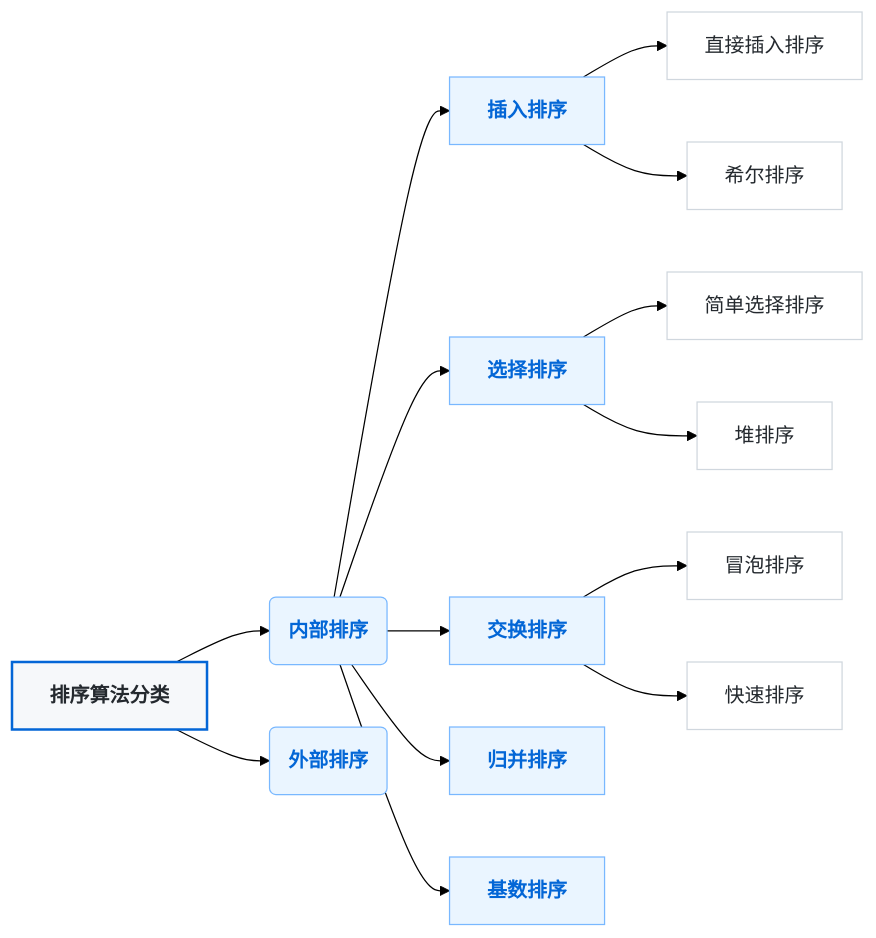
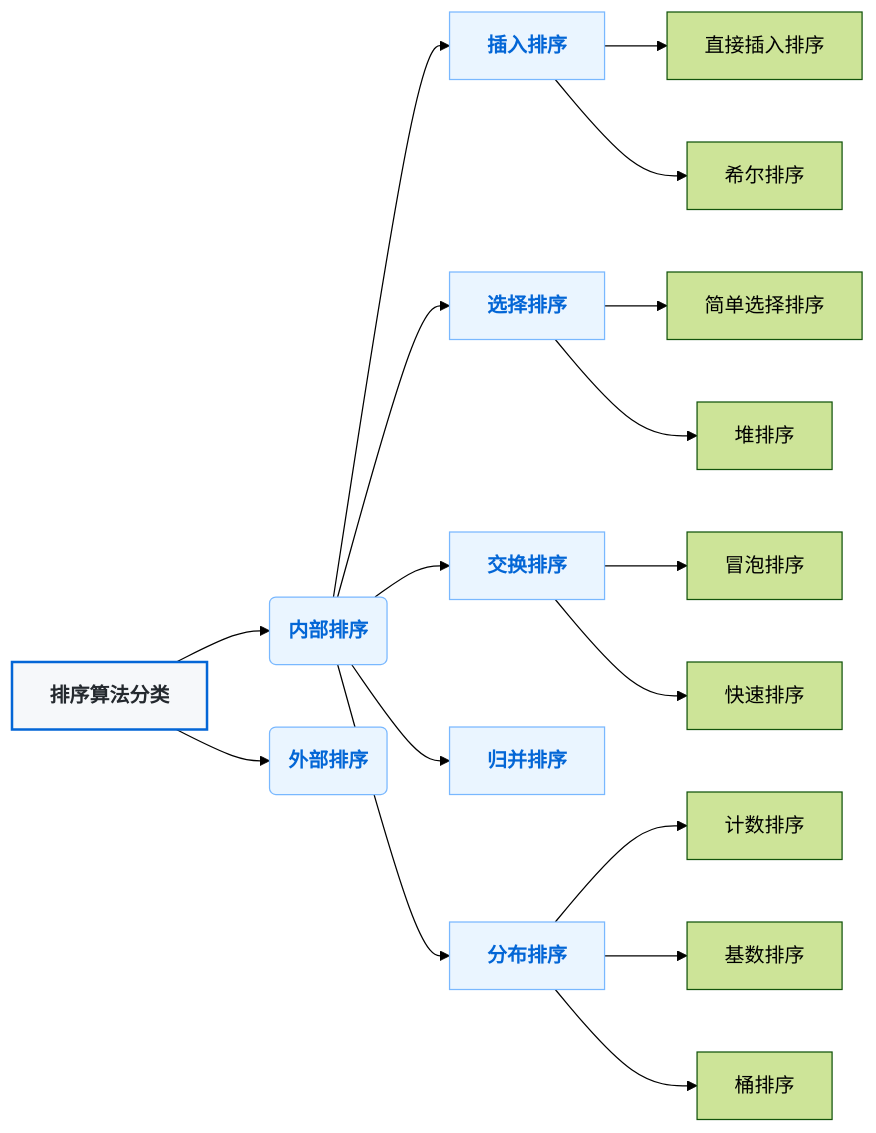
One commit to techlandspace/algorithm changed the diagram in docs/10-内部排序.md. Above: the diagram before and after it, drawn with Mermaid (forest theme).

Commit message:
update: 更新基数排序的Java表达，及文档

````diff
--- a/docs/10-内部排序.md
+++ b/docs/10-内部排序.md
@@ -10,34 +10,37 @@
 ```mermaid
 graph LR
     %% 设置主题样式
     classDef title fill:#f6f8fa,stroke:#0366d6,stroke-width:2px,color:#24292e,font-weight:bold;
     classDef category fill:#eaf5ff,stroke:#79b8ff,stroke-width:1px,color:#0366d6,font-weight:bold;
-    classDef subtype fill:#ffffff,stroke:#d0d7de,stroke-width:1px,color:#24292e;
 
     %% 顶层节点
     A[排序算法分类]:::title
 
     %% 一级分类
     A --> B(内部排序):::category
     A --> C(外部排序):::category
 
     %% 内部排序细分
     B --> D[插入排序]:::category
     B --> E[选择排序]:::category
     B --> F[交换排序]:::category
     B --> G[归并排序]:::category
-    B --> H[基数排序]:::category
+    B --> H[分布排序]:::category
 
     %% 插入排序子类
-    D --> D1[直接插入排序]:::subtype
-    D --> D2[希尔排序]:::subtype
+    D --> D1[直接插入排序]
+    D --> D2[希尔排序]
 
     %% 选择排序子类
-    E --> E1[简单选择排序]:::subtype
-    E --> E2[堆排序]:::subtype
+    E --> E1[简单选择排序]
+    E --> E2[堆排序]
 
     %% 交换排序子类
-    F --> F1[冒泡排序]:::subtype
-    F --> F2[快速排序]:::subtype
-
+    F --> F1[冒泡排序]
+    F --> F2[快速排序]
+	
+    %% 分布排序子类
+    H --> H1[计数排序]
+    H --> H2[基数排序]
+    H --> H3[桶排序]
 ```
````
